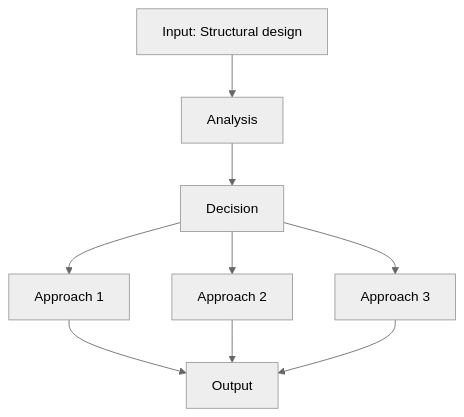
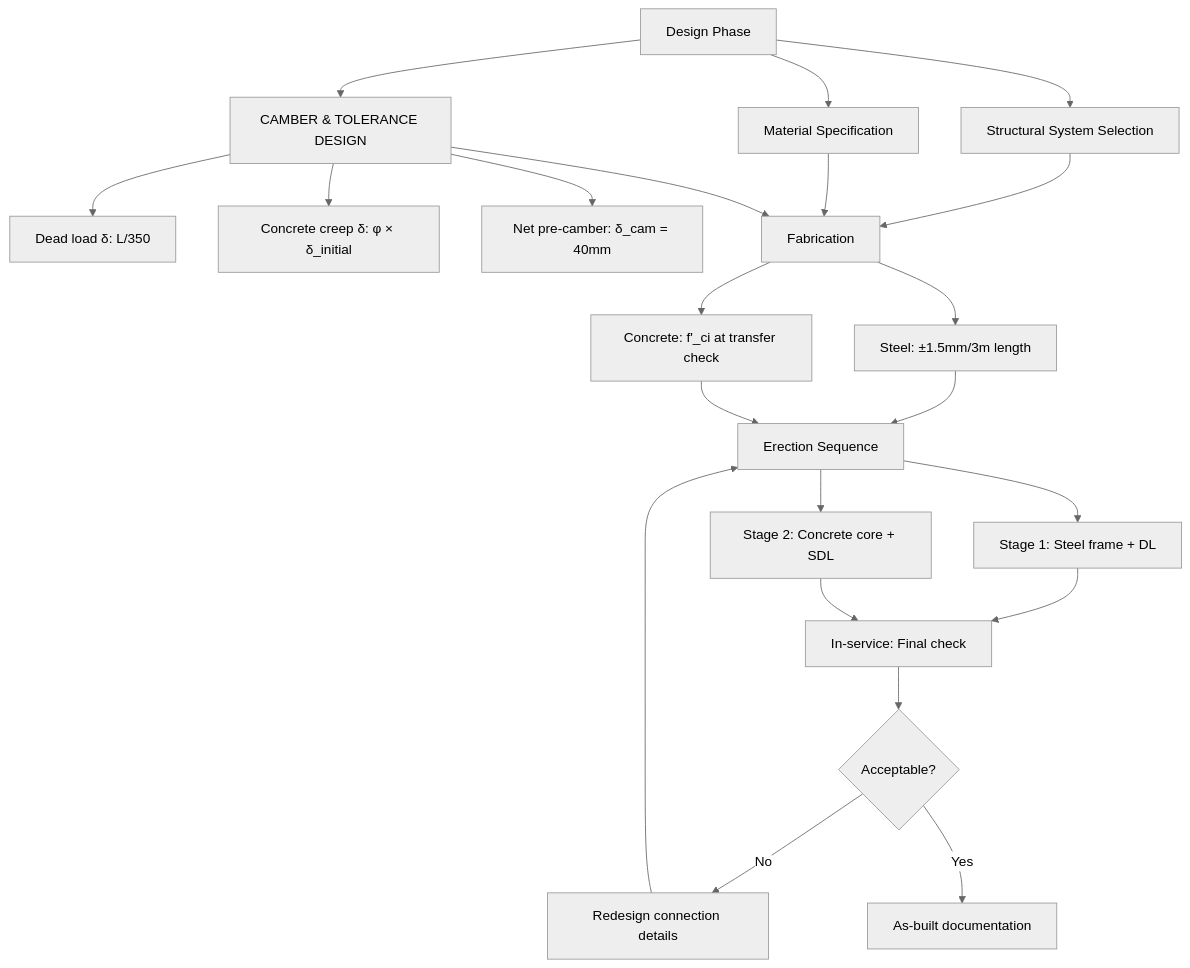
One commit to yip-lgtm/civil-bootcamp changed the fifth of 10 diagrams in MIT_CEE_MEng_SMD/01_1.562_1.563_Structural_Design_Project.md. Above: the diagram before and after it, drawn with Mermaid (neutral theme). The commit also changed other lines of this file and 21 other files, not shown here.

````diff
--- a/MIT_CEE_MEng_SMD/01_1.562_1.563_Structural_Design_Project.md
+++ b/MIT_CEE_MEng_SMD/01_1.562_1.563_Structural_Design_Project.md
@@ -364,11 +306,24 @@
 ```mermaid
-graph TD
-    A[Input: Structural design] --> B[Analysis]
-    B --> C[Decision]
-    C --> D[Approach 1]
-    C --> E[Approach 2]
-    C --> F[Approach 3]
-    D --> G[Output]
-    E --> G
-    F --> G
+flowchart TD
+    A[Design Phase] --> B[Structural System Selection]
+    A --> C[Material Specification]
+    A --> D[CAMBER & TOLERANCE DESIGN]
+    D --> D1[Dead load δ: L/350]
+    D --> D2[Concrete creep δ: φ × δ_initial]
+    D --> D3[Net pre-camber: δ_cam = 40mm]
+    B --> E[Fabrication]
+    C --> E
+    D --> E
+    E --> F[Steel: ±1.5mm/3m length]
+    E --> G[Concrete: f'_ci at transfer check]
+    F --> H[Erection Sequence]
+    G --> H
+    H --> I[Stage 1: Steel frame + DL]
+    H --> J[Stage 2: Concrete core + SDL]
+    I --> K[In-service: Final check]
+    J --> K
+    K --> L{Acceptable?}
+    L -->|No| M[Redesign connection details]
+    M --> H
+    L -->|Yes| N[As-built documentation]
 ```
````
